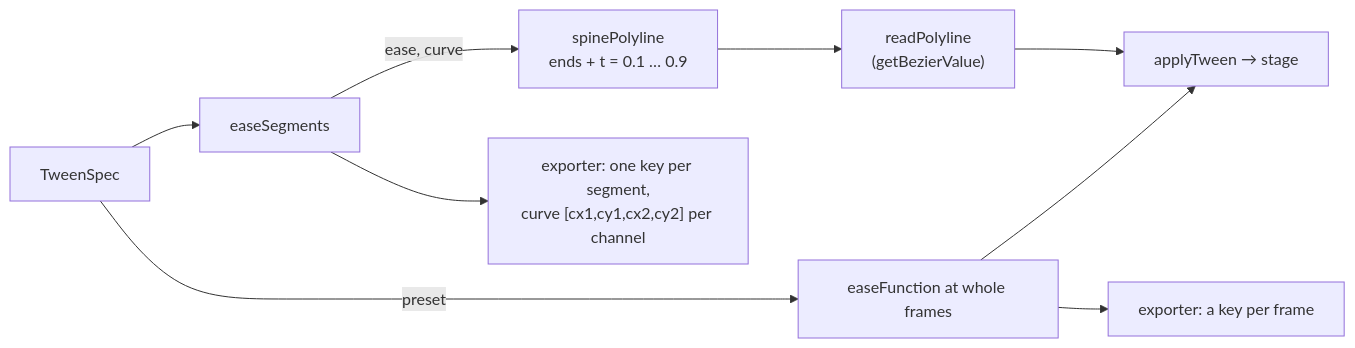
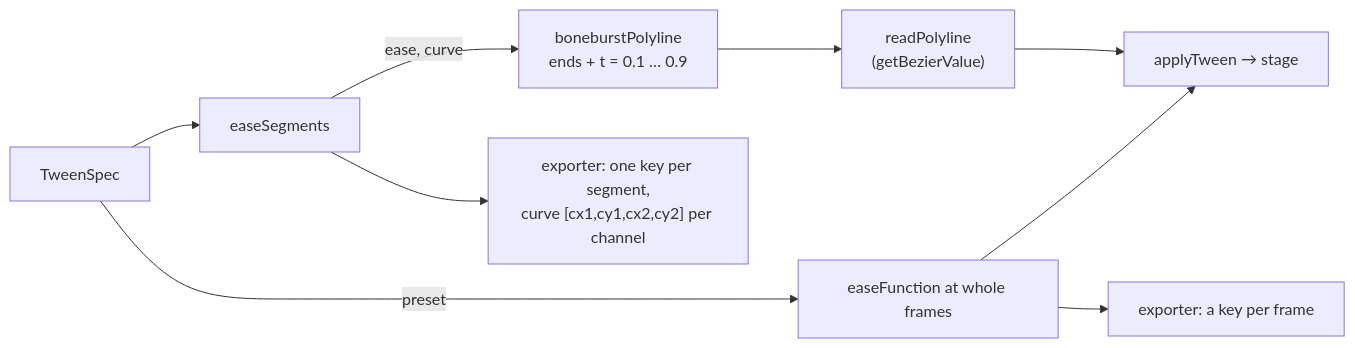
One commit to 12pnp/M0-Animation-2D changed the seventh of 7 diagrams in docs/ARCHITECTURE.md. Above: the diagram before and after it, drawn with Mermaid. The commit also changed other lines of this file and 115 other files, not shown here.

````diff
--- a/docs/ARCHITECTURE.md
+++ b/docs/ARCHITECTURE.md
@@ -3064,11 +3064,11 @@
 ```mermaid
 flowchart LR
     SPEC["TweenSpec"] --> SEG["easeSegments"]
-    SEG -->|"ease, curve"| POLY["spinePolyline<br/>ends + t = 0.1 … 0.9"]
+    SEG -->|"ease, curve"| POLY["boneburstPolyline<br/>ends + t = 0.1 … 0.9"]
     POLY --> READ["readPolyline<br/>(getBezierValue)"]
     SPEC -->|preset| EXACT["easeFunction at whole frames"]
     READ --> AT["applyTween → stage"]
     EXACT --> AT
     SEG --> EXP["exporter: one key per segment,<br/>curve [cx1,cy1,cx2,cy2] per channel"]
     EXACT --> BAKE["exporter: a key per frame"]
 ```
````
